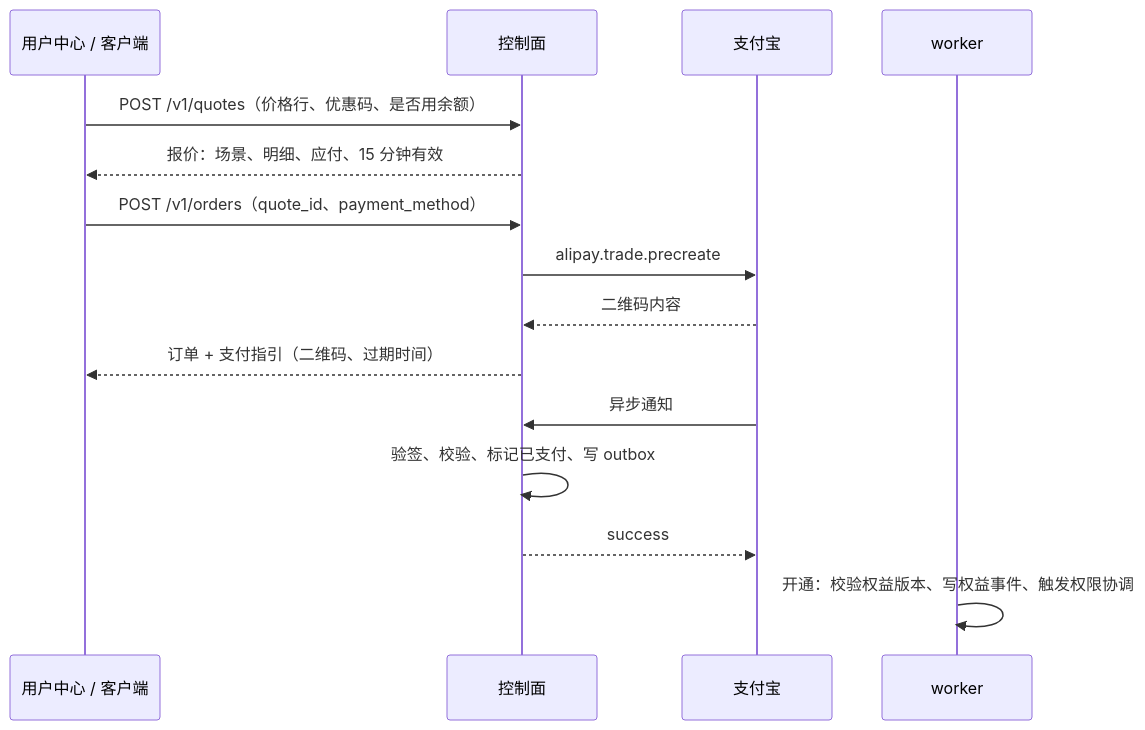
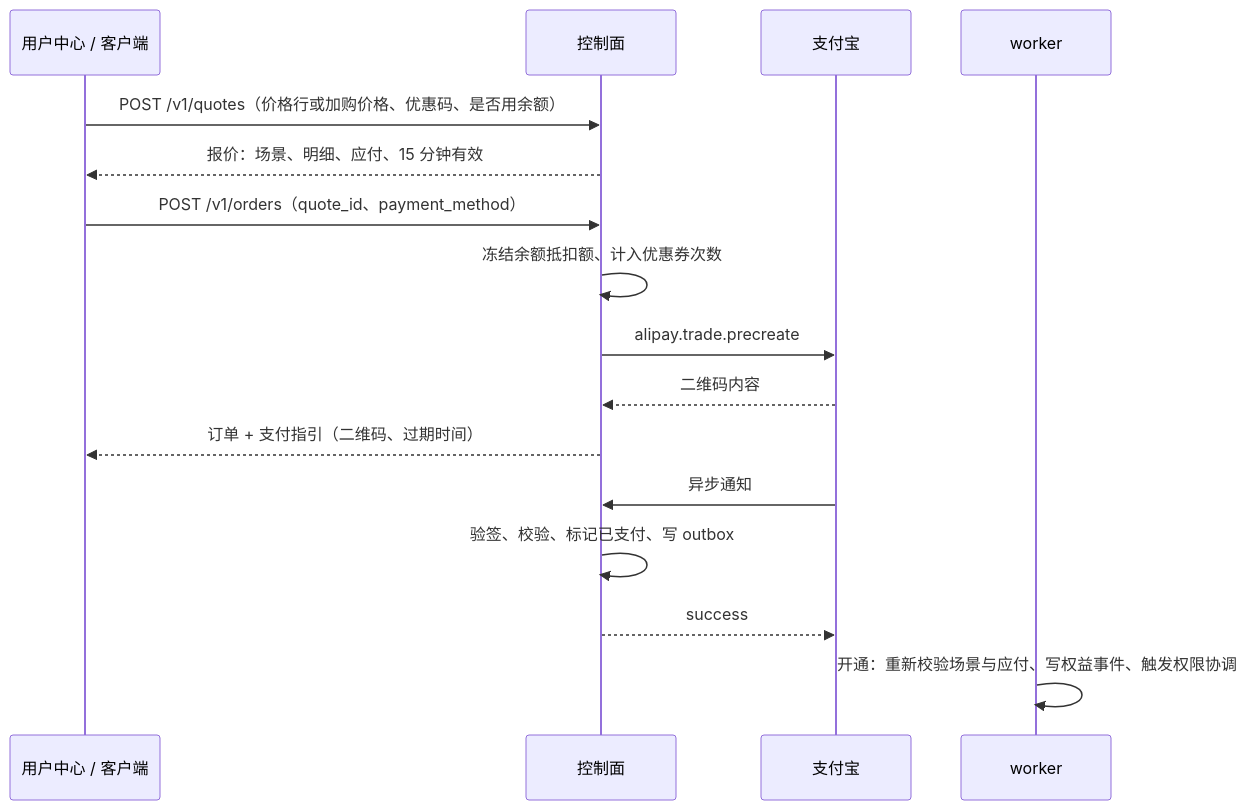
One commit to akari-project/workspace changed the diagram in spec/12-orders-payments.md. Above: the diagram before and after it, drawn with Mermaid. The commit also changed other lines of this file and 5 other files, not shown here.

````diff
--- a/spec/12-orders-payments.md
+++ b/spec/12-orders-payments.md
@@ -7,17 +7,18 @@
 ```mermaid
 sequenceDiagram
   participant U as 用户中心 / 客户端
   participant API as 控制面
   participant ALI as 支付宝
   participant W as worker
-  U->>API: POST /v1/quotes（价格行、优惠码、是否用余额）
+  U->>API: POST /v1/quotes（价格行或加购价格、优惠码、是否用余额）
   API-->>U: 报价：场景、明细、应付、15 分钟有效
   U->>API: POST /v1/orders（quote_id、payment_method）
+  API->>API: 冻结余额抵扣额、计入优惠券次数
   API->>ALI: alipay.trade.precreate
   ALI-->>API: 二维码内容
   API-->>U: 订单 + 支付指引（二维码、过期时间）
   ALI->>API: 异步通知
   API->>API: 验签、校验、标记已支付、写 outbox
   API-->>ALI: success
-  W->>W: 开通：校验权益版本、写权益事件、触发权限协调
+  W->>W: 开通：重新校验场景与应付、写权益事件、触发权限协调
 ```
````
